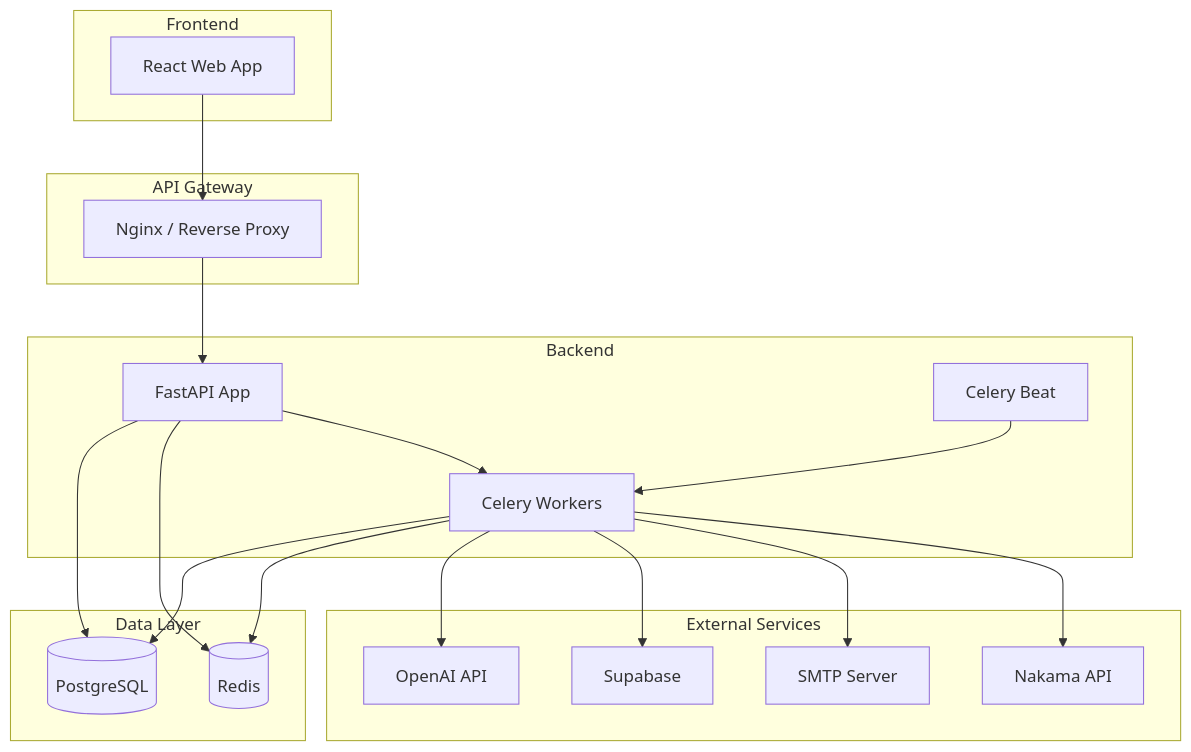
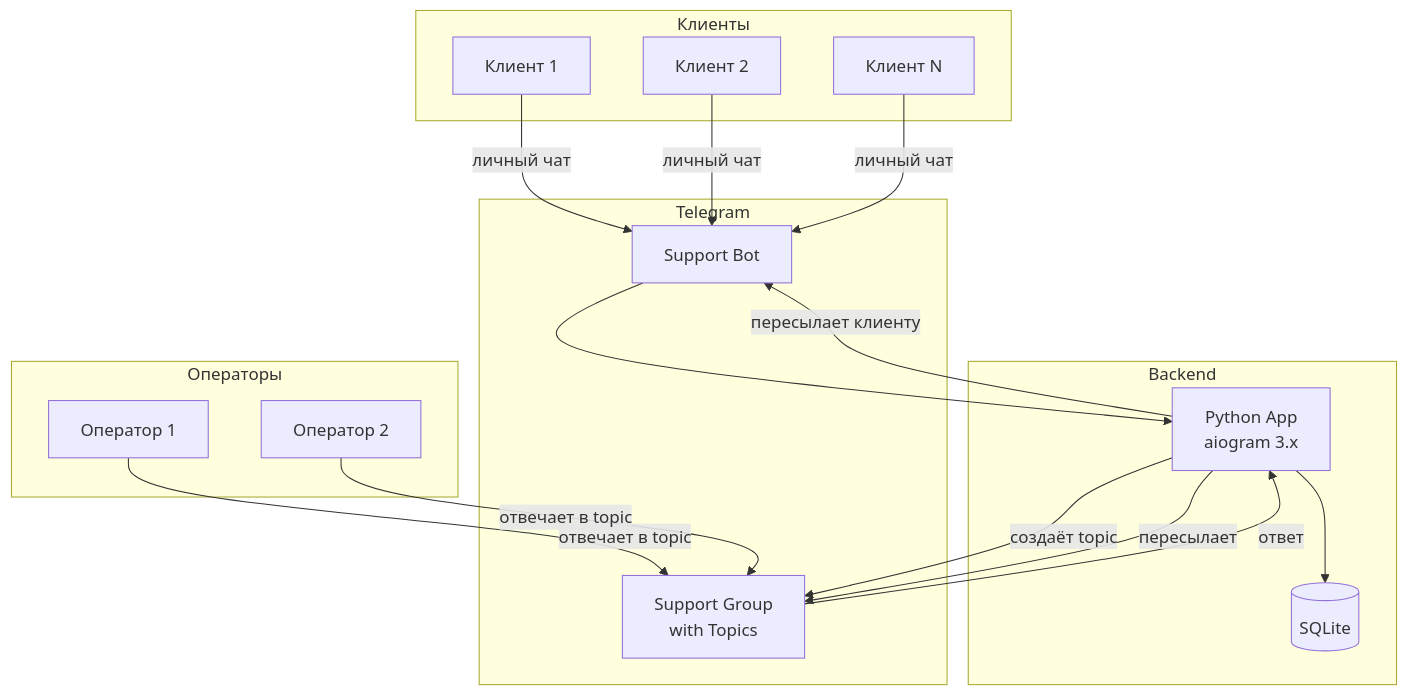
The first of 8 diagrams in docs/architecture.md (valeriabolshaeva-ux/nakama-support-bot), drawn with Mermaid before and after one commit. The commit also changed other lines of this file and 82 other files, not shown here.

First line of the commit message:
Add Telegram Support Bot with all features

````diff
--- a/docs/architecture.md
+++ b/docs/architecture.md
@@ -5,41 +5,37 @@
 ```mermaid
 graph TB
-    subgraph "Frontend"
-        WEB[React Web App]
+    subgraph "Клиенты"
+        C1[Клиент 1]
+        C2[Клиент 2]
+        C3[Клиент N]
     end
     
-    subgraph "API Gateway"
-        NGINX[Nginx / Reverse Proxy]
+    subgraph "Telegram"
+        BOT[Support Bot]
+        GROUP[Support Group<br/>with Topics]
     end
     
     subgraph "Backend"
-        API[FastAPI App]
-        CELERY[Celery Workers]
-        BEAT[Celery Beat]
+        APP[Python App<br/>aiogram 3.x]
+        DB[(SQLite)]
     end
     
-    subgraph "Data Layer"
-        PG[(PostgreSQL)]
-        REDIS[(Redis)]
+    subgraph "Операторы"
+        OP1[Оператор 1]
+        OP2[Оператор 2]
     end
     
-    subgraph "External Services"
-        OPENAI[OpenAI API]
-        SUPABASE[Supabase]
-        SMTP[SMTP Server]
-        NAKAMA[Nakama API]
-    end
+    C1 -->|"личный чат"| BOT
+    C2 -->|"личный чат"| BOT
+    C3 -->|"личный чат"| BOT
     
-    WEB --> NGINX
-    NGINX --> API
-    API --> PG
-    API --> REDIS
-    API --> CELERY
-    CELERY --> PG
-    CELERY --> REDIS
-    CELERY --> OPENAI
-    CELERY --> SUPABASE
-    CELERY --> SMTP
-    CELERY --> NAKAMA
-    BEAT --> CELERY
+    BOT --> APP
+    APP --> DB
+    APP -->|"создаёт topic"| GROUP
+    APP -->|"пересылает"| GROUP
+    
+    OP1 -->|"отвечает в topic"| GROUP
+    OP2 -->|"отвечает в topic"| GROUP
+    GROUP -->|"ответ"| APP
+    APP -->|"пересылает клиенту"| BOT
 ```
````
